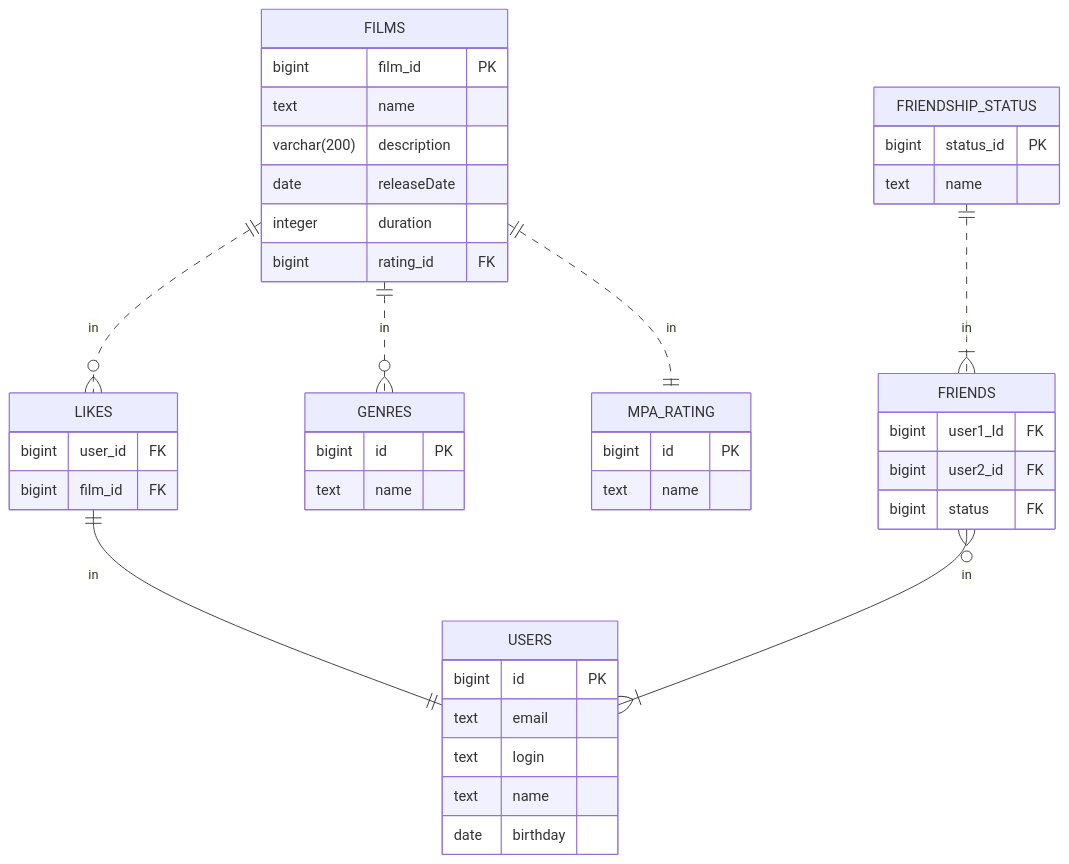
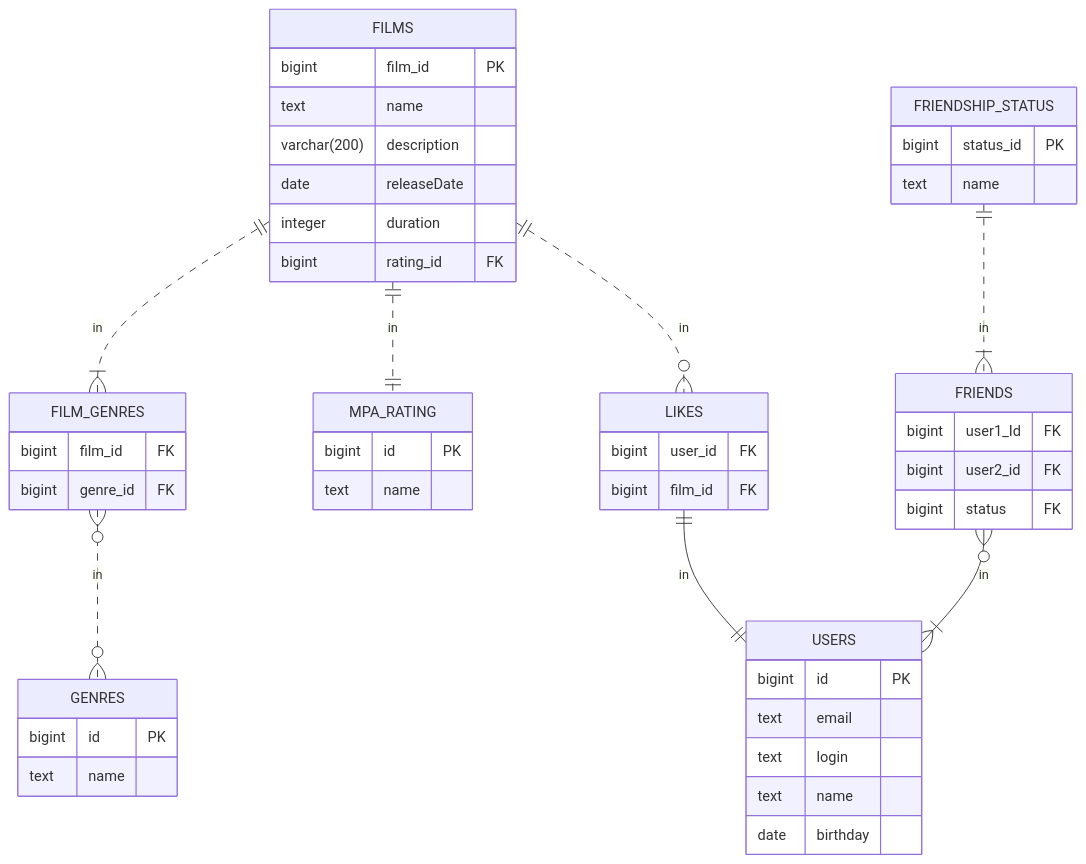
The diagram in README.md (NorthenGirl/java-filmorate), drawn with Mermaid before and after one commit. The commit also changed 1 other file, not shown here.

Commit message:
ТЗ 12 добавила в ER-диаграмму таблицу FILM_GENRES, добавила файл data.sql.

````diff
--- a/README.md
+++ b/README.md
@@ -4,48 +4,53 @@
 ```mermaid
 erDiagram
     FILMS{
         bigint film_id PK
         text name
         varchar(200) description
         date releaseDate
         integer duration
         bigint rating_id FK
     }
     
     
     LIKES {
         bigint user_id FK
         bigint film_id FK
     }
     GENRES {
         bigint id PK
         text name
     }
     MPA_RATING {
         bigint id PK
         text name
     }
     USERS {
         bigint id PK
         text email
         text login
         text name
         date birthday
     }
     FRIENDS {
         bigint user1_Id FK
         bigint user2_id FK
         bigint status FK
         
     }
     FRIENDSHIP_STATUS {
         bigint status_id PK
         text name
     }
+    FILM_GENRES {
+        bigint film_id FK
+        bigint genre_id FK
+    }
     FILMS || .. o{ LIKES: in
     FILMS || .. || MPA_RATING: in
     LIKES || -- || USERS: in
-    FILMS || .. o{ GENRES: in
     FRIENDS }o -- |{ USERS: in
     FRIENDSHIP_STATUS || .. |{ FRIENDS: in
+    FILMS || .. |{ FILM_GENRES: in
+    FILM_GENRES }o .. o{ GENRES: in
 ```
````
